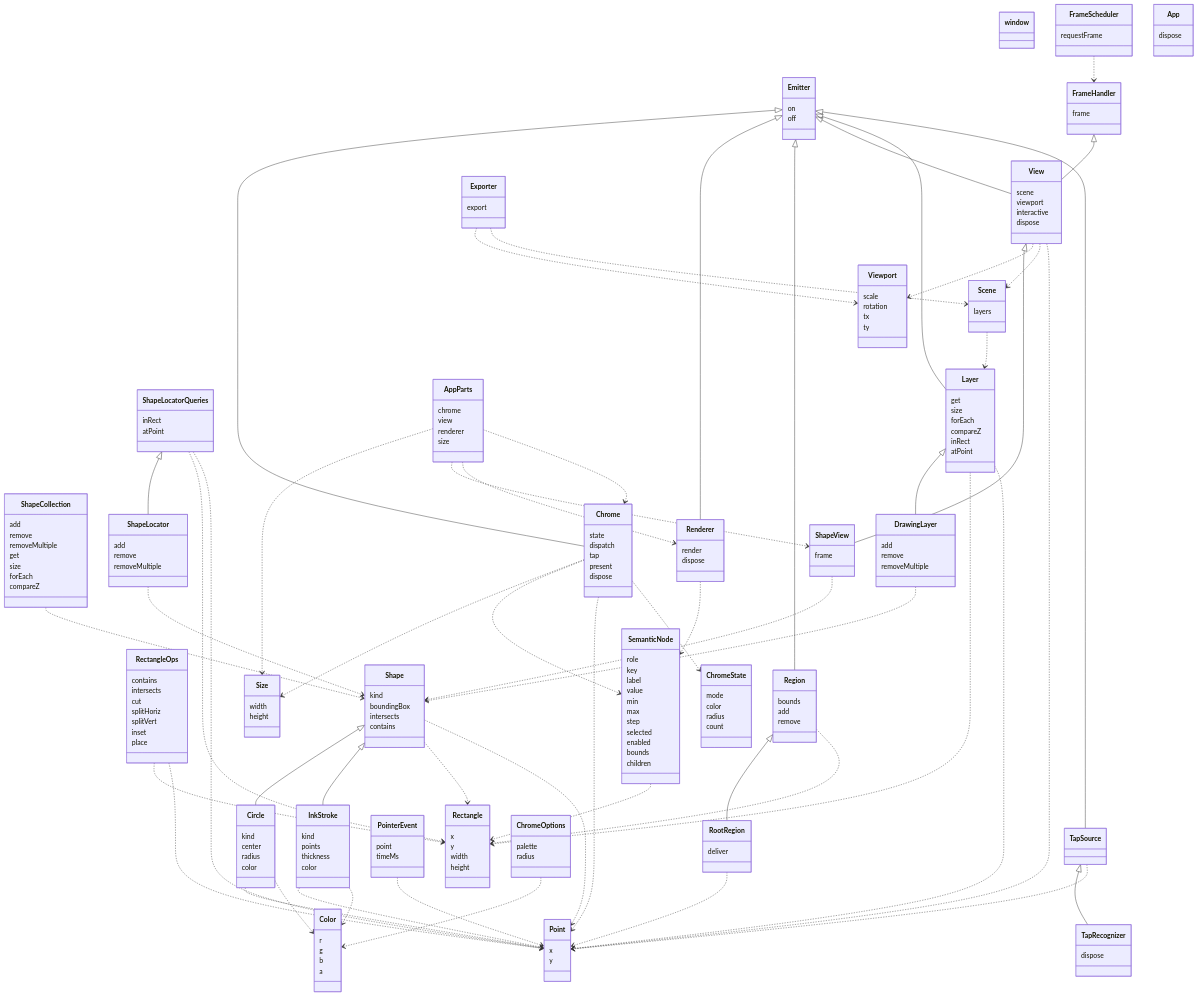
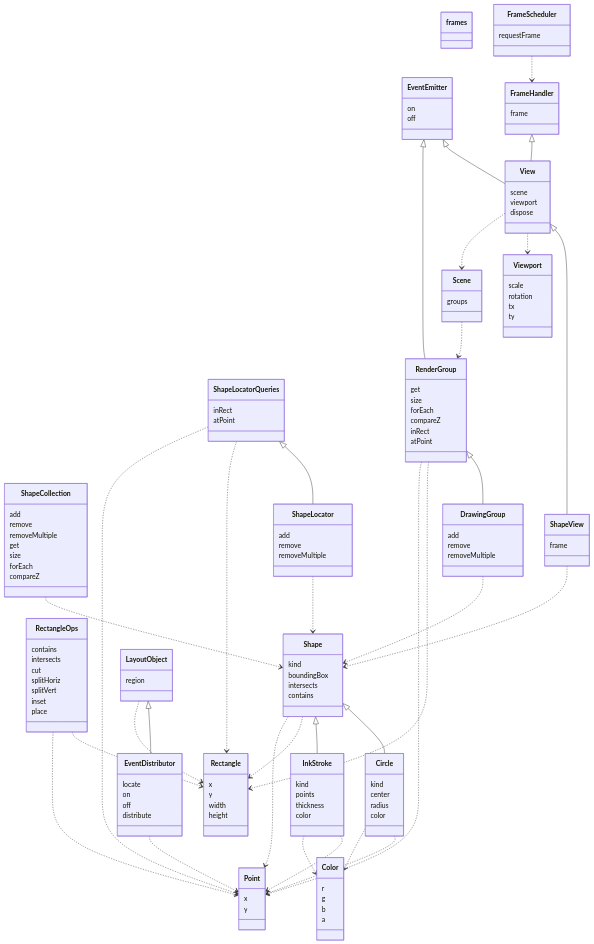
Before and after one commit to microsoft/TypeAgent: the diagram in ts/examples/modular/catalog.md, drawn with Mermaid. The commit also changed other lines of this file and 296 other files, not shown here.

````diff
--- a/ts/examples/modular/catalog.md
+++ b/ts/examples/modular/catalog.md
@@ -7,8 +7,8 @@
 ```mermaid
 classDiagram
-  class window {
+  class frames {
   }
-  class Emitter {
+  class EventEmitter {
     on
     off
   }
@@ -85,9 +85,7 @@
   class FrameScheduler {
     requestFrame
   }
-  class TapSource {
-  }
-  class Layer {
+  class RenderGroup {
     get
     size
     forEach
@@ -96,86 +94,29 @@
     atPoint
   }
   class Scene {
-    layers
+    groups
   }
   class View {
     scene
     viewport
-    interactive
     dispose
-  }
-  class Exporter {
-    export
   }
   class ShapeView {
     frame
   }
-  class DrawingLayer {
+  class DrawingGroup {
     add
     remove
     removeMultiple
   }
-  class PointerEvent {
-    point
-    timeMs
+  class LayoutObject {
+    region
   }
-  class Region {
-    bounds
-    add
-    remove
-  }
-  class RootRegion {
-    deliver
-  }
-  class TapRecognizer {
-    dispose
-  }
-  class Size {
-    width
-    height
-  }
-  class SemanticNode {
-    role
-    key
-    label
-    value
-    min
-    max
-    step
-    selected
-    enabled
-    bounds
-    children
-  }
-  class Renderer {
-    render
-    dispose
-  }
-  class ChromeOptions {
-    palette
-    radius
-  }
-  class ChromeState {
-    mode
-    color
-    radius
-    count
-  }
-  class Chrome {
-    state
-    dispatch
-    tap
-    present
-    dispose
-  }
-  class AppParts {
-    chrome
-    view
-    renderer
-    size
-  }
-  class App {
-    dispose
+  class EventDistributor {
+    locate
+    on
+    off
+    distribute
   }
   RectangleOps ..> Point
   RectangleOps ..> Rectangle
@@ -193,40 +134,19 @@
   ShapeLocatorQueries <|-- ShapeLocator
   ShapeLocator ..> Shape
   FrameScheduler ..> FrameHandler
-  Emitter <|-- TapSource
-  TapSource ..> Point
-  Emitter <|-- Layer
-  Layer ..> Point
-  Layer ..> Rectangle
-  Scene ..> Layer
+  EventEmitter <|-- RenderGroup
+  RenderGroup ..> Point
+  RenderGroup ..> Rectangle
+  Scene ..> RenderGroup
   FrameHandler <|-- View
-  Emitter <|-- View
-  View ..> Point
+  EventEmitter <|-- View
   View ..> Scene
   View ..> Viewport
-  Exporter ..> Scene
-  Exporter ..> Viewport
   View <|-- ShapeView
   ShapeView ..> Shape
-  Layer <|-- DrawingLayer
-  DrawingLayer ..> Shape
-  PointerEvent ..> Point
-  Emitter <|-- Region
-  Region ..> Rectangle
-  Region <|-- RootRegion
-  RootRegion ..> Point
-  TapSource <|-- TapRecognizer
-  SemanticNode ..> Rectangle
-  Emitter <|-- Renderer
-  Renderer ..> SemanticNode
-  ChromeOptions ..> Color
-  Emitter <|-- Chrome
-  Chrome ..> ChromeState
-  Chrome ..> Point
-  Chrome ..> SemanticNode
-  Chrome ..> Size
-  AppParts ..> Chrome
-  AppParts ..> Renderer
-  AppParts ..> ShapeView
-  AppParts ..> Size
+  RenderGroup <|-- DrawingGroup
+  DrawingGroup ..> Shape
+  LayoutObject ..> Rectangle
+  LayoutObject <|-- EventDistributor
+  EventDistributor ..> Point
 ```
````
